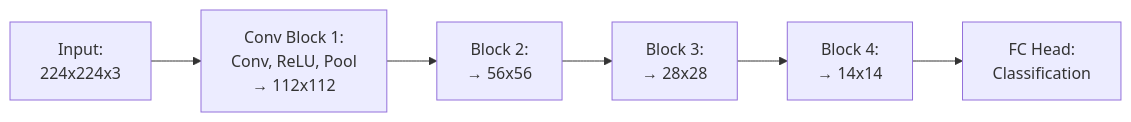
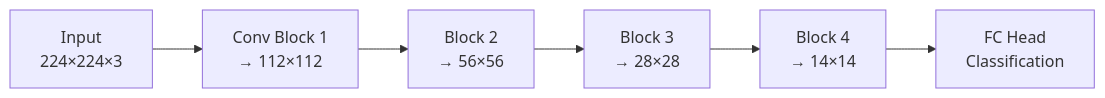
One commit to NHS-South-Central-and-West/deep-learning-without-math changed the fifth of 8 diagrams in session-02-cnns-and-transfer-learning.qmd. Above: the diagram before and after it, drawn with Mermaid. The commit also changed other lines of this file, not shown here.

Commit message:
Fix mermaid diagram text issues

````diff
--- a/session-02-cnns-and-transfer-learning.qmd
+++ b/session-02-cnns-and-transfer-learning.qmd
@@ -172,4 +172,4 @@
 ```{mermaid}
 graph LR
-  img["Input:<br/>224x224x3"] --> b1["Conv Block 1:<br/>Conv, ReLU, Pool<br/>→ 112x112"] --> b2["Block 2:<br/>→ 56x56"] --> b3["Block 3:<br/>→ 28x28"] --> b4["Block 4:<br/>→ 14x14"] --> head["FC Head:<br/>Classification"]
+  img["Input<br/>224×224×3"] --> b1["Conv Block 1<br/>→ 112×112"] --> b2["Block 2<br/>→ 56×56"] --> b3["Block 3<br/>→ 28×28"] --> b4["Block 4<br/>→ 14×14"] --> head["FC Head<br/>Classification"]
 ```
````
